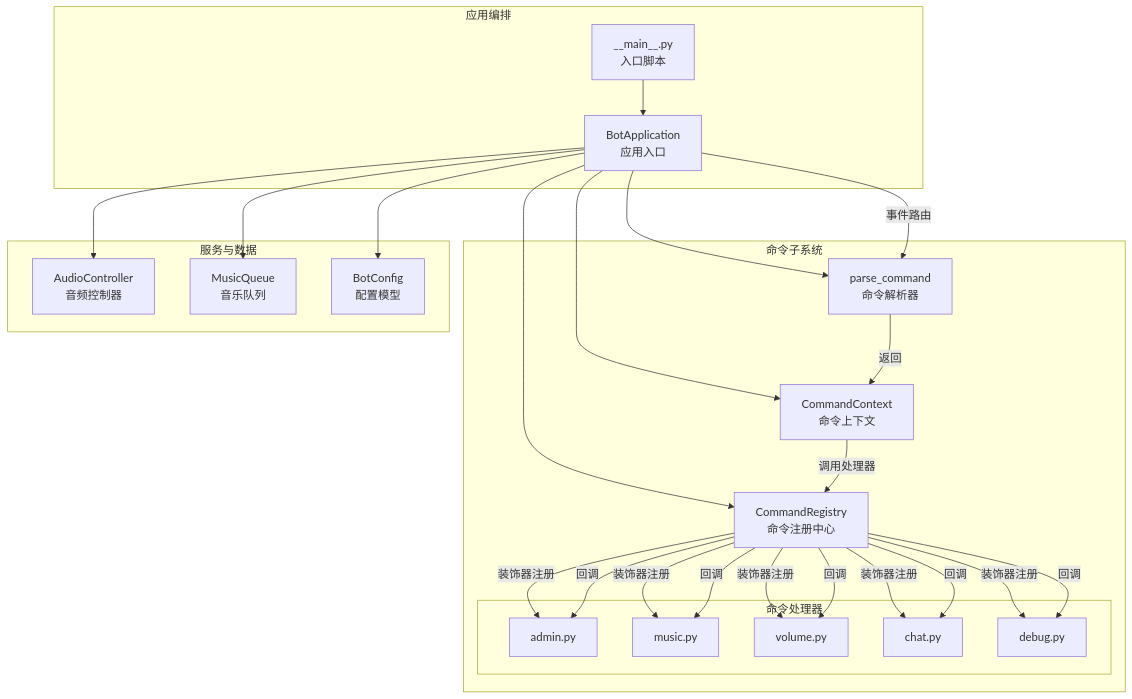
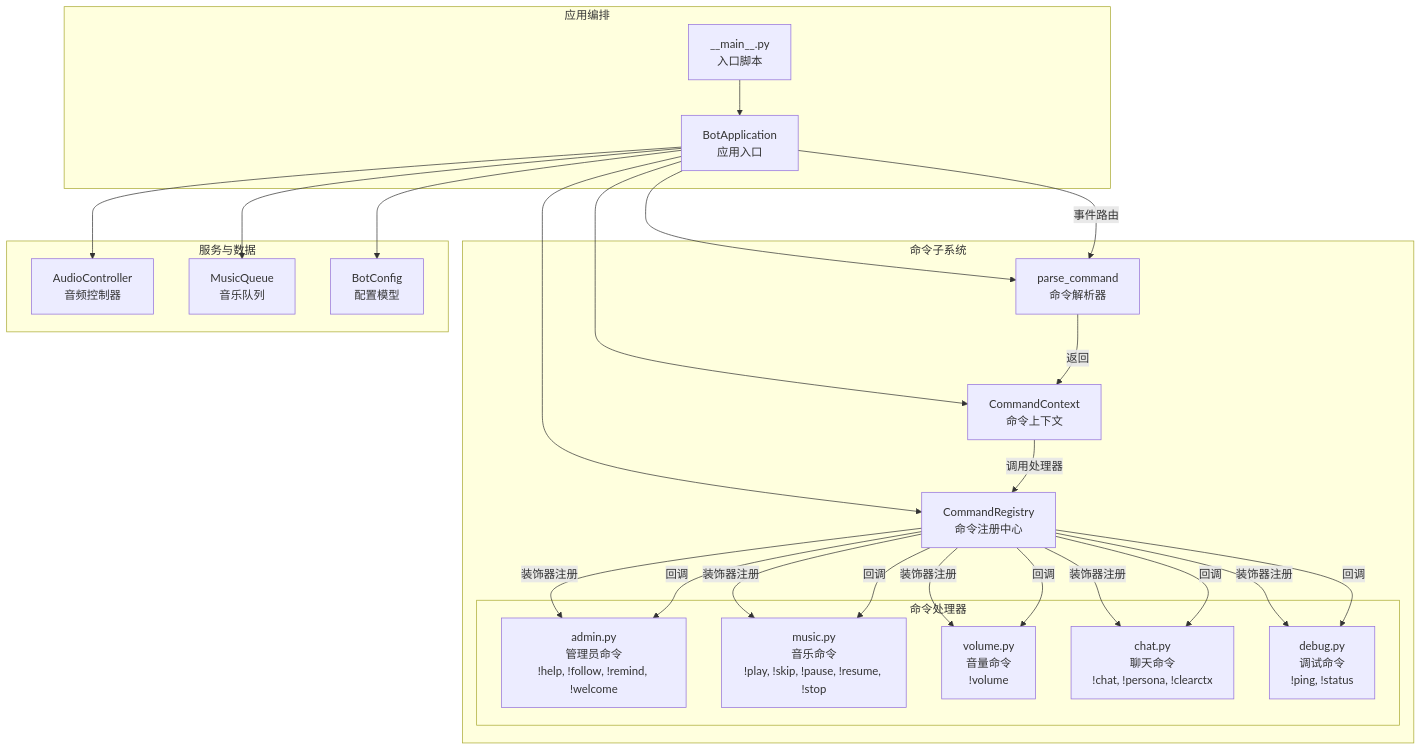
One commit to GhoulOwl/Teamspeak3_Bot changed the first of 7 diagrams in .qoder/repowiki/zh/content/命令系统/命令系统.md. Above: the diagram before and after it, drawn with Mermaid. The commit also changed other lines of this file and 13 other files, not shown here.

````diff
--- a/.qoder/repowiki/zh/content/命令系统/命令系统.md
+++ b/.qoder/repowiki/zh/content/命令系统/命令系统.md
@@ -40,44 +49,44 @@
 ```mermaid
 graph TB
 subgraph "命令子系统"
 R["CommandRegistry<br/>命令注册中心"]
 P["parse_command<br/>命令解析器"]
 Ctx["CommandContext<br/>命令上下文"]
 subgraph "命令处理器"
-H_Admin["admin.py"]
-H_Music["music.py"]
-H_Volume["volume.py"]
-H_Chat["chat.py"]
-H_Debug["debug.py"]
+H_Admin["admin.py<br/>管理员命令<br/>!help, !follow, !remind, !welcome"]
+H_Music["music.py<br/>音乐命令<br/>!play, !skip, !pause, !resume, !stop"]
+H_Volume["volume.py<br/>音量命令<br/>!volume"]
+H_Chat["chat.py<br/>聊天命令<br/>!chat, !persona, !clearctx"]
+H_Debug["debug.py<br/>调试命令<br/>!ping, !status"]
 end
 end
 subgraph "应用编排"
 App["BotApplication<br/>应用入口"]
 Main["__main__.py<br/>入口脚本"]
 end
 subgraph "服务与数据"
 Audio["AudioController<br/>音频控制器"]
 Queue["MusicQueue<br/>音乐队列"]
 Config["BotConfig<br/>配置模型"]
 end
 Main --> App
 App --> R
 App --> P
 App --> Ctx
 App --> Audio
 App --> Queue
 App --> Config
 R -- "装饰器注册" --> H_Admin
 R -- "装饰器注册" --> H_Music
 R -- "装饰器注册" --> H_Volume
 R -- "装饰器注册" --> H_Chat
 R -- "装饰器注册" --> H_Debug
 App --> |"事件路由"| P
 P --> |"返回"| Ctx
 Ctx --> |"调用处理器"| R
 R --> |"回调"| H_Admin
 R --> |"回调"| H_Music
 R --> |"回调"| H_Volume
 R --> |"回调"| H_Chat
 R --> |"回调"| H_Debug
 ```
````
